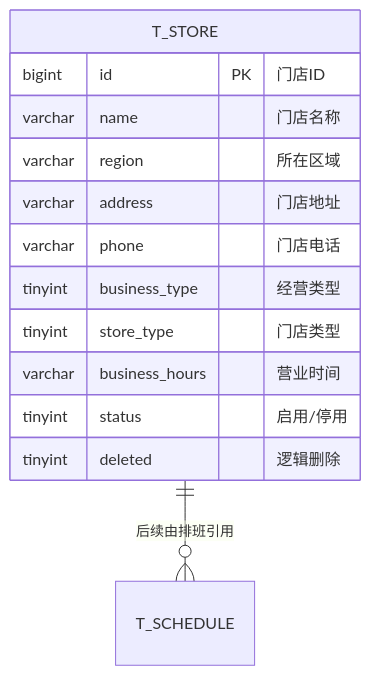
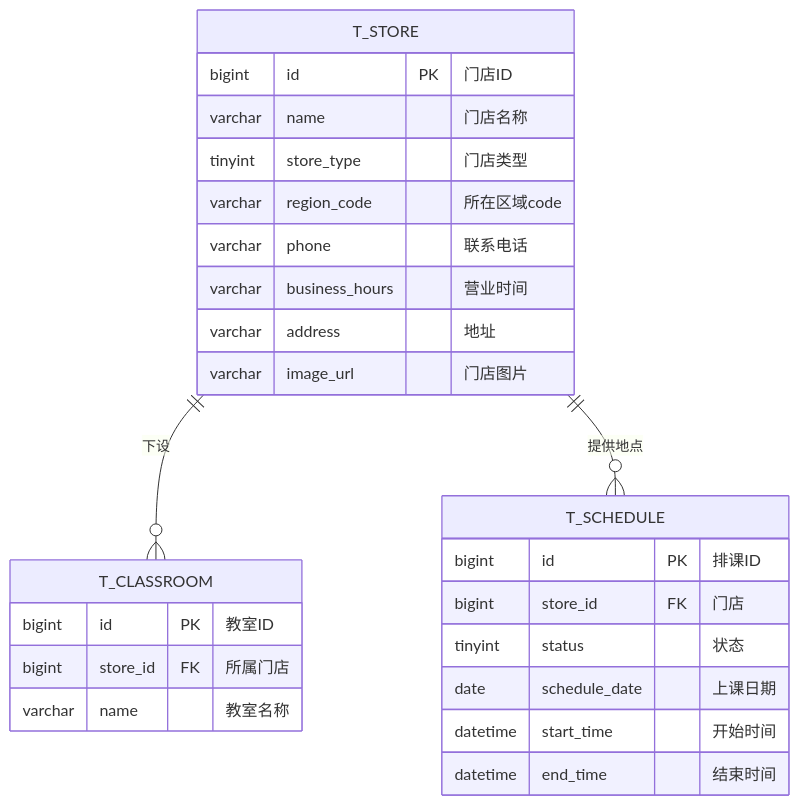
One commit to duo2530/techplant-yoga changed the first of 2 diagrams in docs/详细设计/门店管理详细设计.md. Above: the diagram before and after it, drawn with Mermaid. The commit also changed other lines of this file and 52 other files, not shown here.

````diff
--- a/docs/详细设计/门店管理详细设计.md
+++ b/docs/详细设计/门店管理详细设计.md
@@ -59,17 +37,31 @@
 ```mermaid
 erDiagram
     T_STORE {
         bigint id PK "门店ID"
         varchar name "门店名称"
-        varchar region "所在区域"
-        varchar address "门店地址"
-        varchar phone "门店电话"
-        tinyint business_type "经营类型"
         tinyint store_type "门店类型"
+        varchar region_code "所在区域code"
+        varchar phone "联系电话"
         varchar business_hours "营业时间"
-        tinyint status "启用/停用"
-        tinyint deleted "逻辑删除"
+        varchar address "地址"
+        varchar image_url "门店图片"
     }
 
-    T_STORE ||--o{ T_SCHEDULE : "后续由排班引用"
+    T_CLASSROOM {
+        bigint id PK "教室ID"
+        bigint store_id FK "所属门店"
+        varchar name "教室名称"
+    }
+
+    T_SCHEDULE {
+        bigint id PK "排课ID"
+        bigint store_id FK "门店"
+        tinyint status "状态"
+        date schedule_date "上课日期"
+        datetime start_time "开始时间"
+        datetime end_time "结束时间"
+    }
+
+    T_STORE ||--o{ T_CLASSROOM : "下设"
+    T_STORE ||--o{ T_SCHEDULE : "提供地点"
 ```
````
